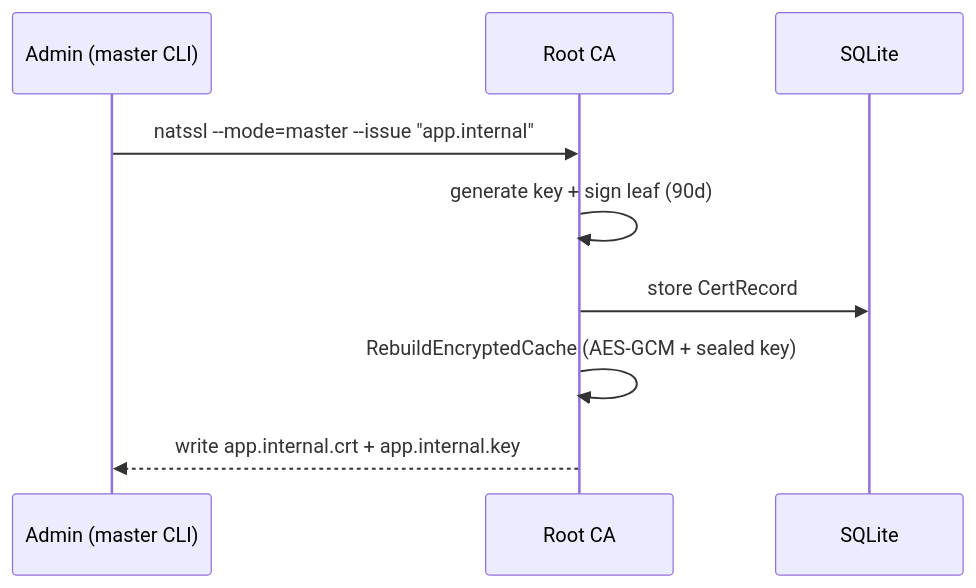
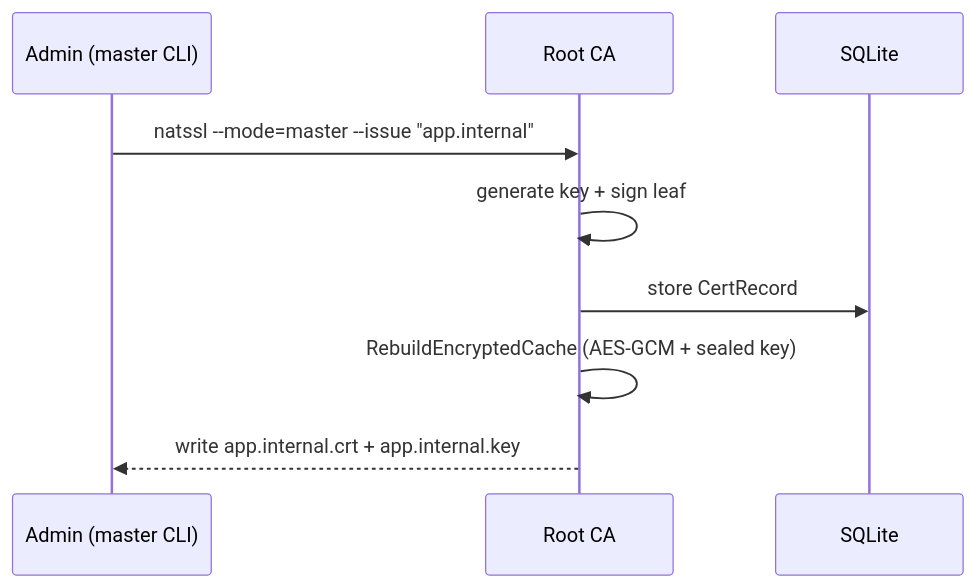
The second of 5 diagrams in docs/DEPLOYMENT.md (iskyneon/natssl), drawn with Mermaid before and after one commit. The commit also changed other lines of this file and 9 other files, not shown here.

````diff
--- a/docs/DEPLOYMENT.md
+++ b/docs/DEPLOYMENT.md
@@ -186,11 +202,11 @@
 ```mermaid
 sequenceDiagram
     participant A as Admin (master CLI)
     participant CA as Root CA
     participant DB as SQLite
     A->>CA: natssl --mode=master --issue "app.internal"
-    CA->>CA: generate key + sign leaf (90d)
+    CA->>CA: generate key + sign leaf
     CA->>DB: store CertRecord
     CA->>CA: RebuildEncryptedCache (AES-GCM + sealed key)
     CA-->>A: write app.internal.crt + app.internal.key
 ```
````
